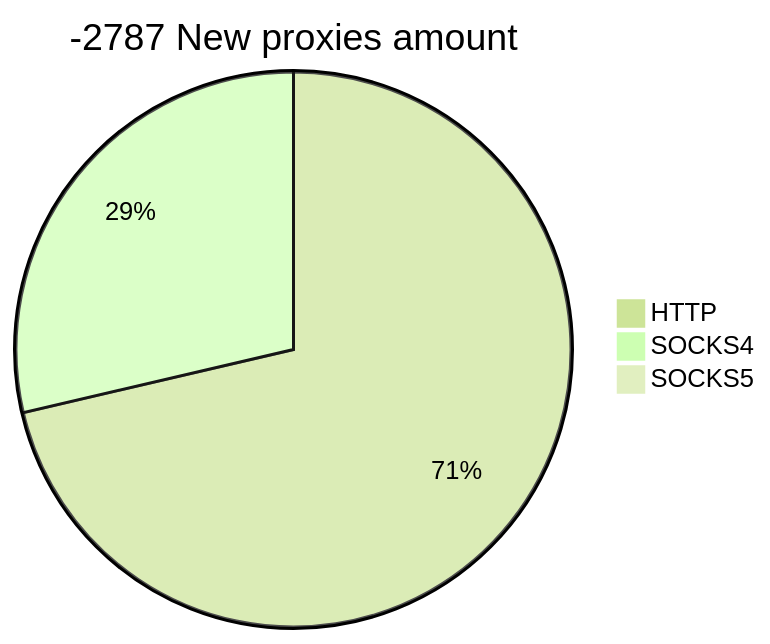
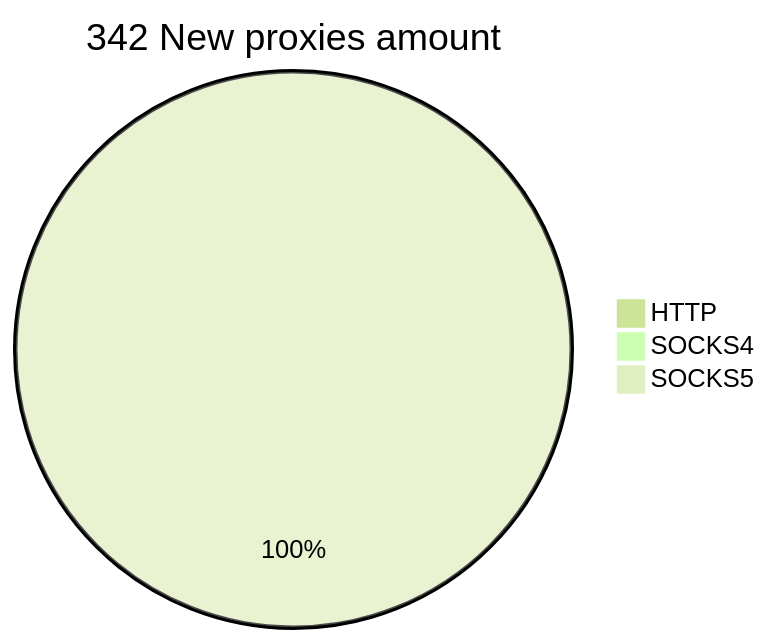
Before and after one commit to cutipu/proxylist: the second of 2 diagrams in README.md, drawn with Mermaid (forest theme). The commit also changed other lines of this file, not shown here.

````diff
--- a/README.md
+++ b/README.md
@@ -10,6 +10,6 @@
 ```mermaid
-pie title -2787 New proxies amount
-    "HTTP" : 127
-    "SOCKS4" : 51
-    "SOCKS5" : 0
+pie title 342 New proxies amount
+    "HTTP" : 0
+    "SOCKS4" : 0
+    "SOCKS5" : 344
 ```
````
